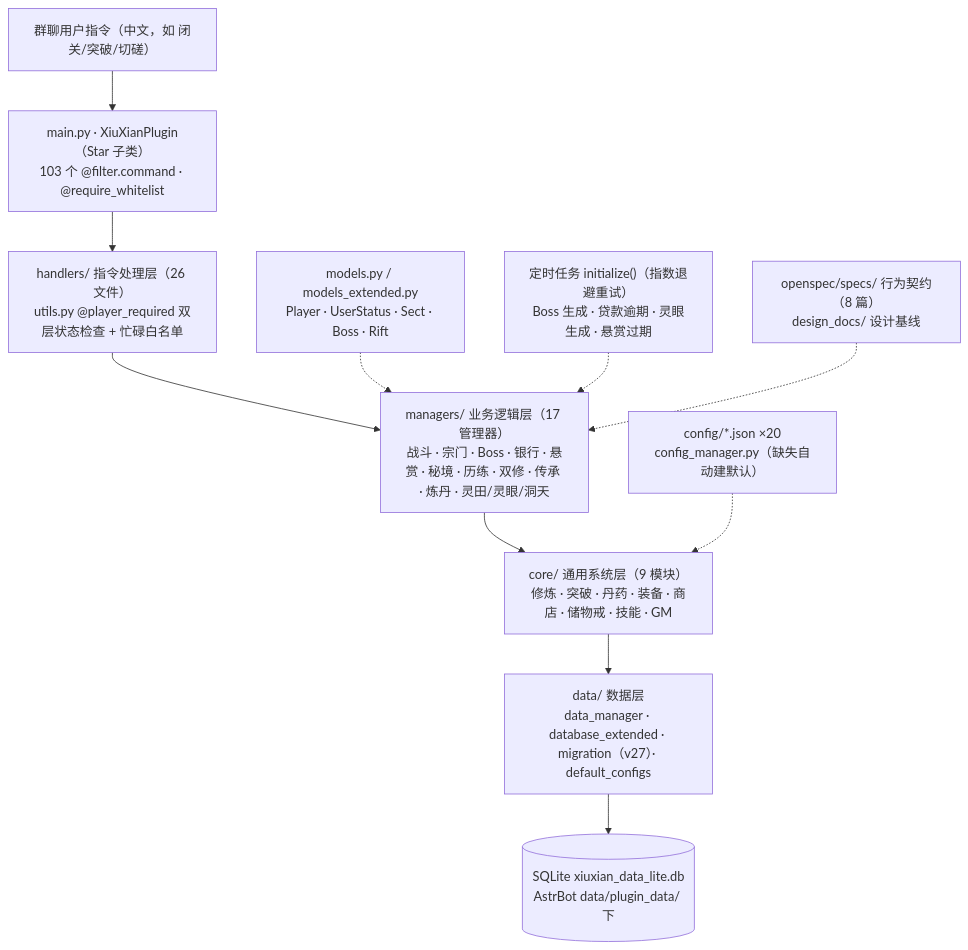
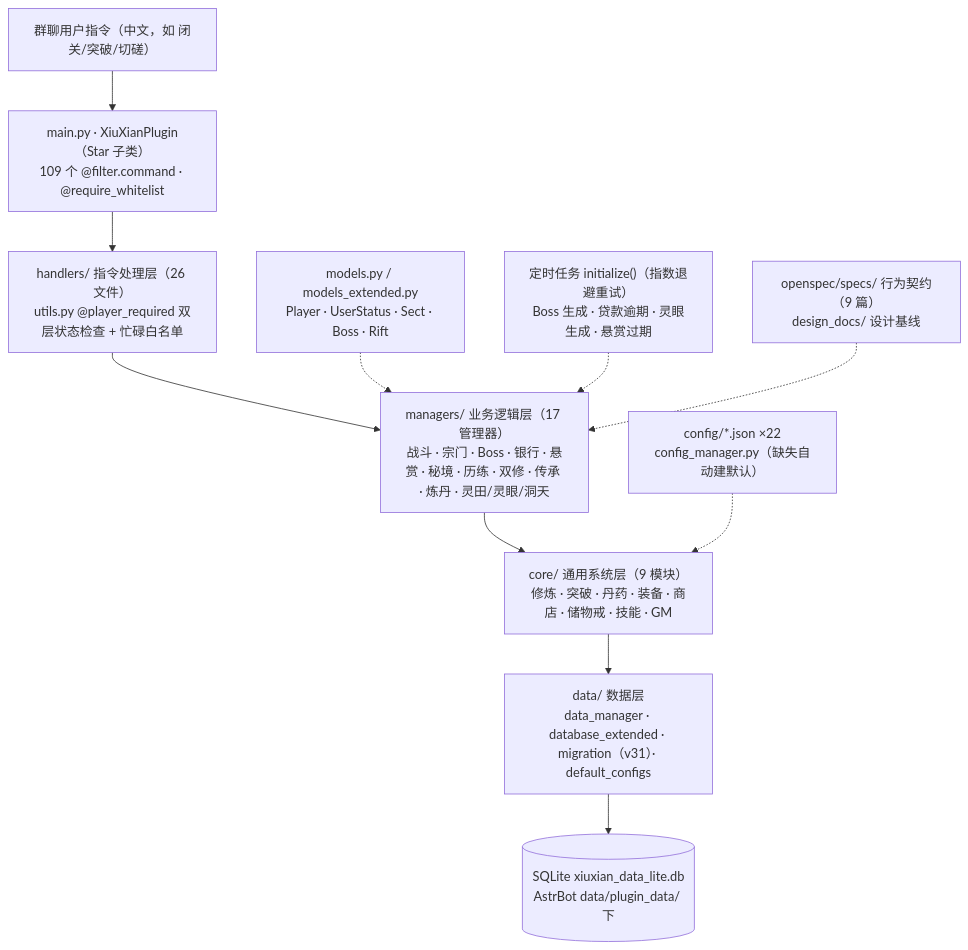
Before and after one commit to fanjinchi/astrbot_plugin_monixiuxian2_2: the diagram in design_docs/project-architecture.md, drawn with Mermaid. The commit also changed other lines of this file and 3 other files, not shown here.

First line of the commit message:
docs: sync project-architecture with sect change and enforce comment convention

````diff
--- a/design_docs/project-architecture.md
+++ b/design_docs/project-architecture.md
@@ -32,13 +33,13 @@
 ```mermaid
 flowchart TD
-    U["群聊用户指令（中文，如 闭关/突破/切磋）"] --> M["main.py · XiuXianPlugin（Star 子类）<br/>103 个 @filter.command · @require_whitelist"]
+    U["群聊用户指令（中文，如 闭关/突破/切磋）"] --> M["main.py · XiuXianPlugin（Star 子类）<br/>109 个 @filter.command · @require_whitelist"]
     M --> H["handlers/ 指令处理层（26 文件）<br/>utils.py @player_required 双层状态检查 + 忙碌白名单"]
     H --> MG["managers/ 业务逻辑层（17 管理器）<br/>战斗 · 宗门 · Boss · 银行 · 悬赏 · 秘境 · 历练 · 双修 · 传承 · 炼丹 · 灵田/灵眼/洞天"]
     MG --> C["core/ 通用系统层（9 模块）<br/>修炼 · 突破 · 丹药 · 装备 · 商店 · 储物戒 · 技能 · GM"]
-    C --> D["data/ 数据层<br/>data_manager · database_extended · migration（v27）· default_configs"]
+    C --> D["data/ 数据层<br/>data_manager · database_extended · migration（v31）· default_configs"]
     D --> DB[("SQLite xiuxian_data_lite.db<br/>AstrBot data/plugin_data/ 下")]
-    CFG["config/*.json ×20<br/>config_manager.py（缺失自动建默认）"] -.-> C
+    CFG["config/*.json ×22<br/>config_manager.py（缺失自动建默认）"] -.-> C
     MD["models.py / models_extended.py<br/>Player · UserStatus · Sect · Boss · Rift"] -.-> MG
     T["定时任务 initialize()（指数退避重试）<br/>Boss 生成 · 贷款逾期 · 灵眼生成 · 悬赏过期"] -.-> MG
-    SPEC["openspec/specs/ 行为契约（8 篇）<br/>design_docs/ 设计基线"] -.-> MG
+    SPEC["openspec/specs/ 行为契约（9 篇）<br/>design_docs/ 设计基线"] -.-> MG
 ```
````
